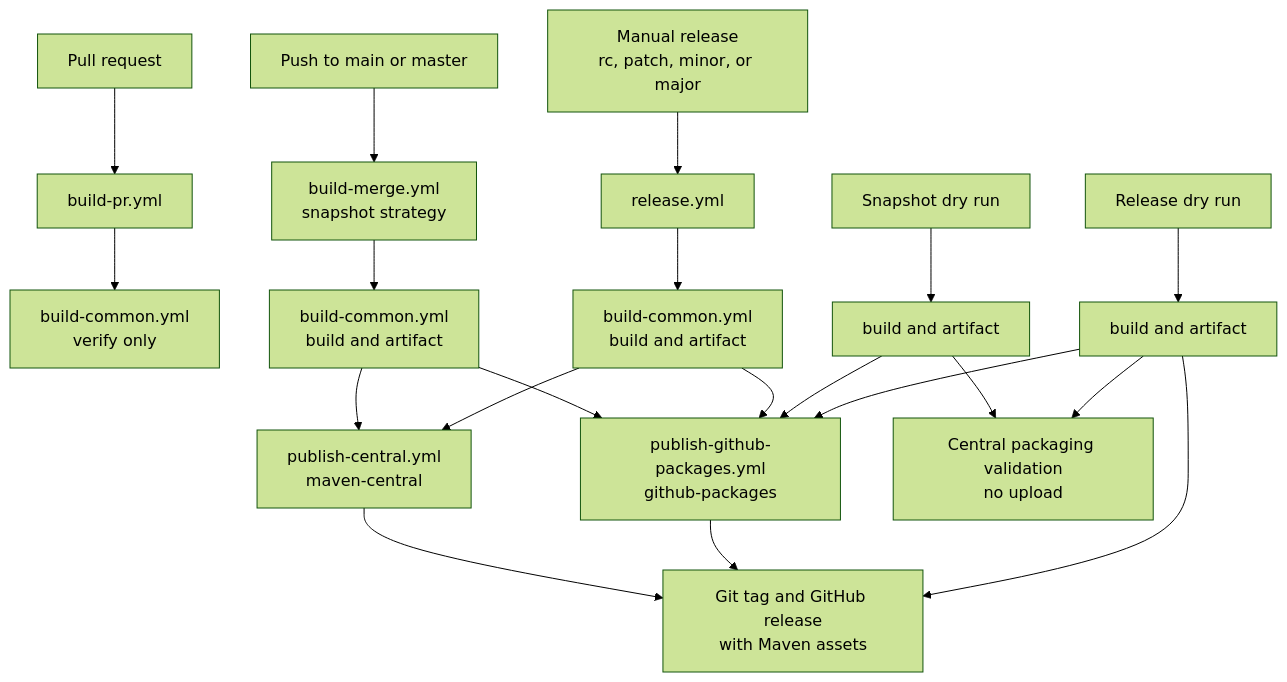
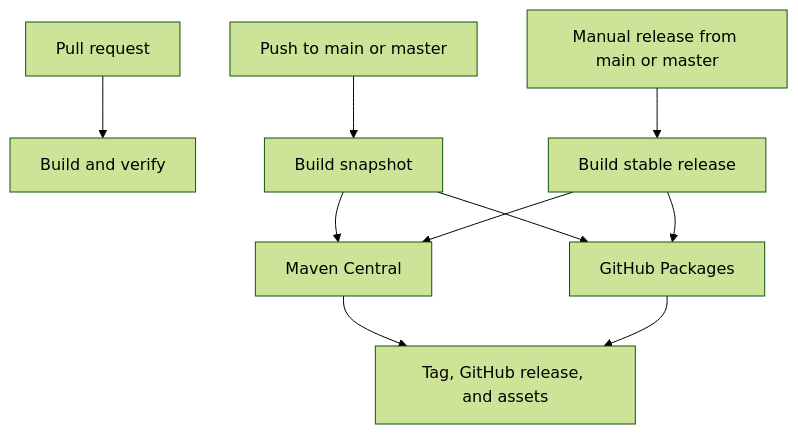
Before and after one commit to nats-io/spring-nats: the diagram in doc/spec/ci-workflows.md, drawn with Mermaid (forest theme). The commit also changed other lines of this file and 20 other files, not shown here.

Commit message:
build: align date release flow

````diff
--- a/doc/spec/ci-workflows.md
+++ b/doc/spec/ci-workflows.md
@@ -5,26 +3,12 @@
-```mermaid
+~~~mermaid
 flowchart TD
-    PR["Pull request"] --> BPR["build-pr.yml"]
-    BPR --> VERIFY["build-common.yml\nverify only"]
-
-    MAIN["Push to main or master"] --> SNAP["build-merge.yml\nsnapshot strategy"]
-    SNAP --> BUILD["build-common.yml\nbuild and artifact"]
-    BUILD --> CENTRAL["publish-central.yml\nmaven-central"]
-    BUILD --> PACKAGES["publish-github-packages.yml\ngithub-packages"]
-
-    MANUAL["Manual release\nrc, patch, minor, or major"] --> RELEASE["release.yml"]
-    RELEASE --> RELEASE_BUILD["build-common.yml\nbuild and artifact"]
-    RELEASE_BUILD --> CENTRAL
-    RELEASE_BUILD --> PACKAGES
-    CENTRAL --> GH_RELEASE["Git tag and GitHub release\nwith Maven assets"]
-    PACKAGES --> GH_RELEASE
-
-    DRY_SNAPSHOT["Snapshot dry run"] --> DRY_SNAPSHOT_BUILD["build and artifact"]
-    DRY_SNAPSHOT_BUILD --> CENTRAL_CHECK["Central packaging validation\nno upload"]
-    DRY_SNAPSHOT_BUILD --> PACKAGES
-
-    DRY_RELEASE["Release dry run"] --> DRY_RELEASE_BUILD["build and artifact"]
-    DRY_RELEASE_BUILD --> CENTRAL_CHECK
-    DRY_RELEASE_BUILD --> PACKAGES
-    DRY_RELEASE_BUILD --> GH_RELEASE
-```
+    PR["Pull request"] --> VERIFY["Build and verify"]
+    MAIN["Push to main or master"] --> SNAPSHOT["Build snapshot"]
+    SNAPSHOT --> CENTRAL["Maven Central"]
+    SNAPSHOT --> PACKAGES["GitHub Packages"]
+    RELEASE["Manual release from main or master"] --> STABLE["Build stable release"]
+    STABLE --> CENTRAL
+    STABLE --> PACKAGES
+    CENTRAL --> GITHUB["Tag, GitHub release, and assets"]
+    PACKAGES --> GITHUB
+~~~
````
